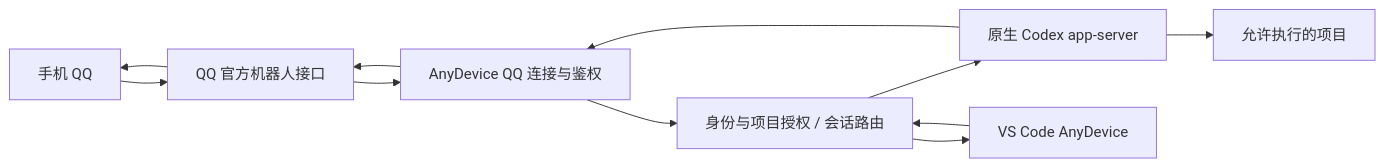
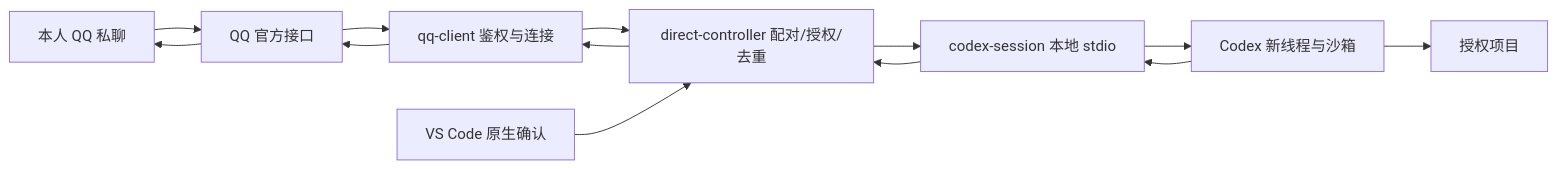
Before and after one commit to Young581/codex-anydevice: the diagram in docs/architecture.md, drawn with Mermaid. The commit also changed other lines of this file and 37 other files, not shown here.

````diff
--- a/docs/architecture.md
+++ b/docs/architecture.md
@@ -5,13 +5,11 @@
 ```mermaid
 flowchart LR
-  Phone[手机 QQ] --> Channel[QQ 官方机器人接口]
-  Channel --> Adapter[AnyDevice QQ 连接与鉴权]
-  Adapter --> Policy[身份与项目授权 / 会话路由]
-  Policy --> Codex[原生 Codex app-server]
-  Codex --> Project[允许执行的项目]
-  Codex --> Adapter
-  Adapter --> Channel
-  Channel --> Phone
-  VSCode[VS Code AnyDevice] --> Policy
-  Policy --> VSCode
+  Phone[本人 QQ 私聊] --> QQ[QQ 官方接口]
+  QQ --> Client[qq-client 鉴权与连接]
+  Client --> Control[direct-controller 配对/授权/去重]
+  Control --> Native[codex-session 本地 stdio]
+  Native --> Codex[Codex 新线程与沙箱]
+  Codex --> Project[授权项目]
+  VSCode[VS Code 原生确认] --> Control
+  Codex --> Native --> Control --> Client --> QQ --> Phone
 ```
````
